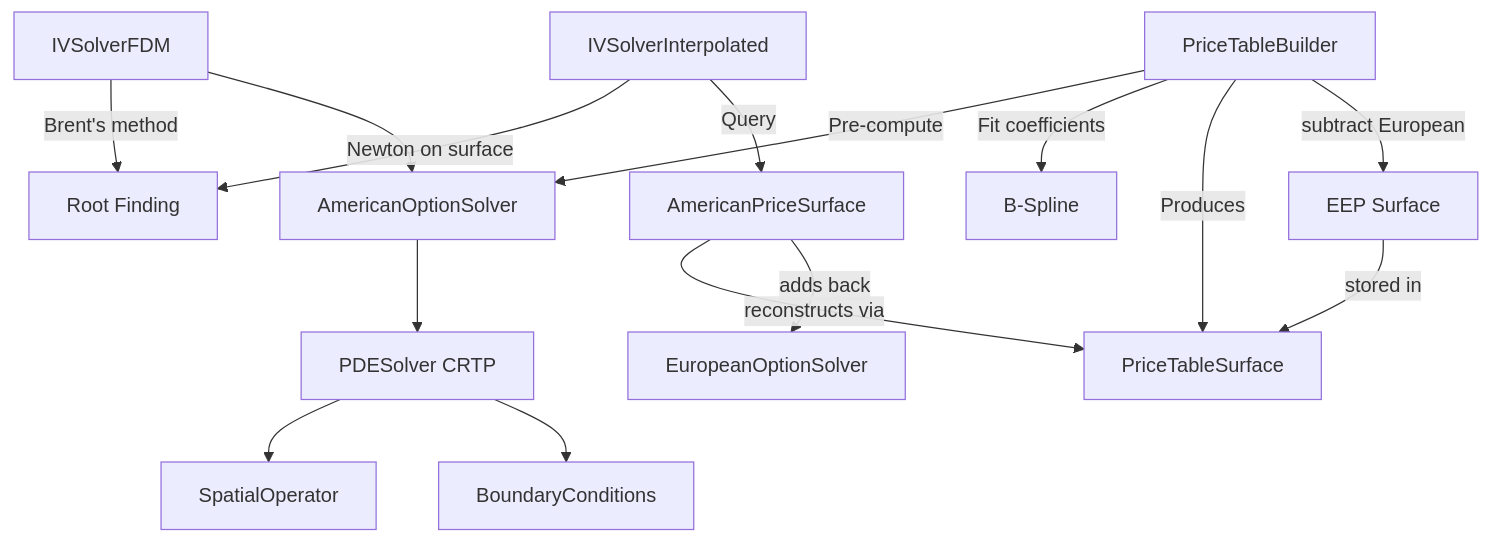
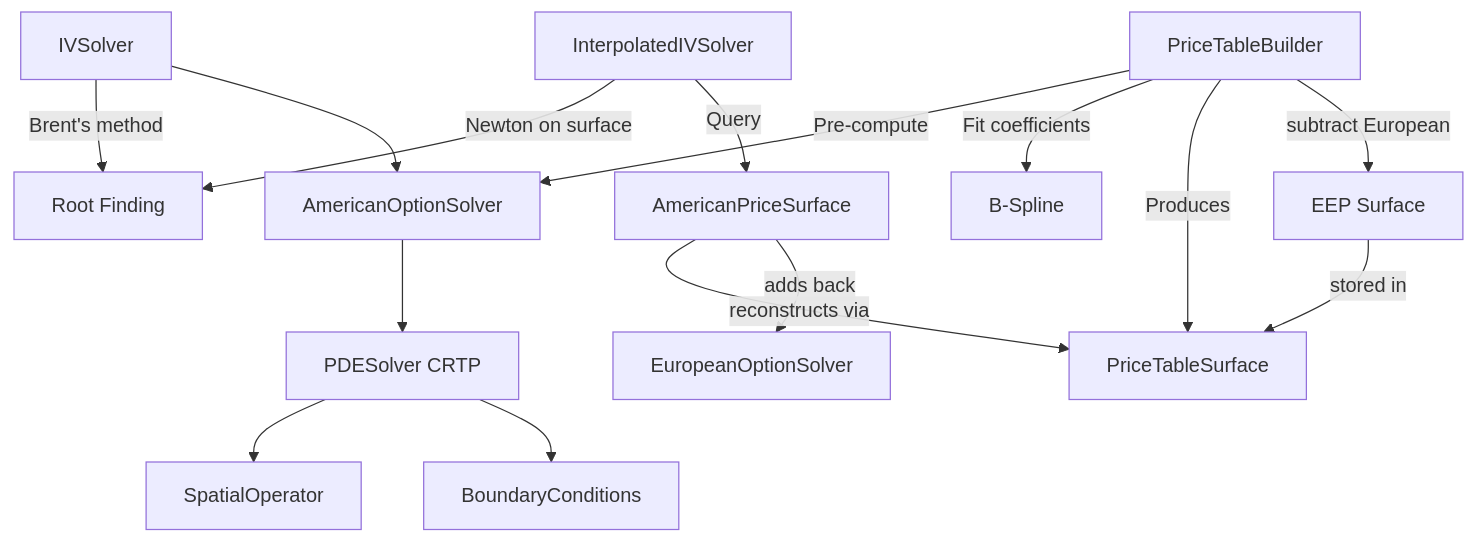
Before and after one commit to accelas/mango-option: the first of 4 diagrams in docs/ARCHITECTURE.md, drawn with Mermaid. The commit also changed other lines of this file and 86 other files, not shown here.

````diff
--- a/docs/ARCHITECTURE.md
+++ b/docs/ARCHITECTURE.md
@@ -26,17 +26,17 @@
 ```mermaid
 graph TD
-    IV[IVSolverFDM] -->|Brent's method| ROOT[Root Finding]
+    IV[IVSolver] -->|Brent's method| ROOT[Root Finding]
     IV --> AO[AmericanOptionSolver]
     AO --> PDE[PDESolver CRTP]
     PDE --> OPS[SpatialOperator]
     PDE --> BC[BoundaryConditions]
     PTABLE[PriceTableBuilder] -->|Pre-compute| AO
     PTABLE -->|Fit coefficients| SPLINE[B-Spline]
     PTABLE -->|Produces| SURFACE[PriceTableSurface]
     PTABLE -->|subtract European| EEP[EEP Surface]
     EEP -->|stored in| SURFACE
     APS[AmericanPriceSurface] -->|reconstructs via| SURFACE
     APS -->|adds back| EU[EuropeanOptionSolver]
-    IVFAST[IVSolverInterpolated] -->|Newton on surface| ROOT
+    IVFAST[InterpolatedIVSolver] -->|Newton on surface| ROOT
     IVFAST -->|Query| APS
 ```
````
